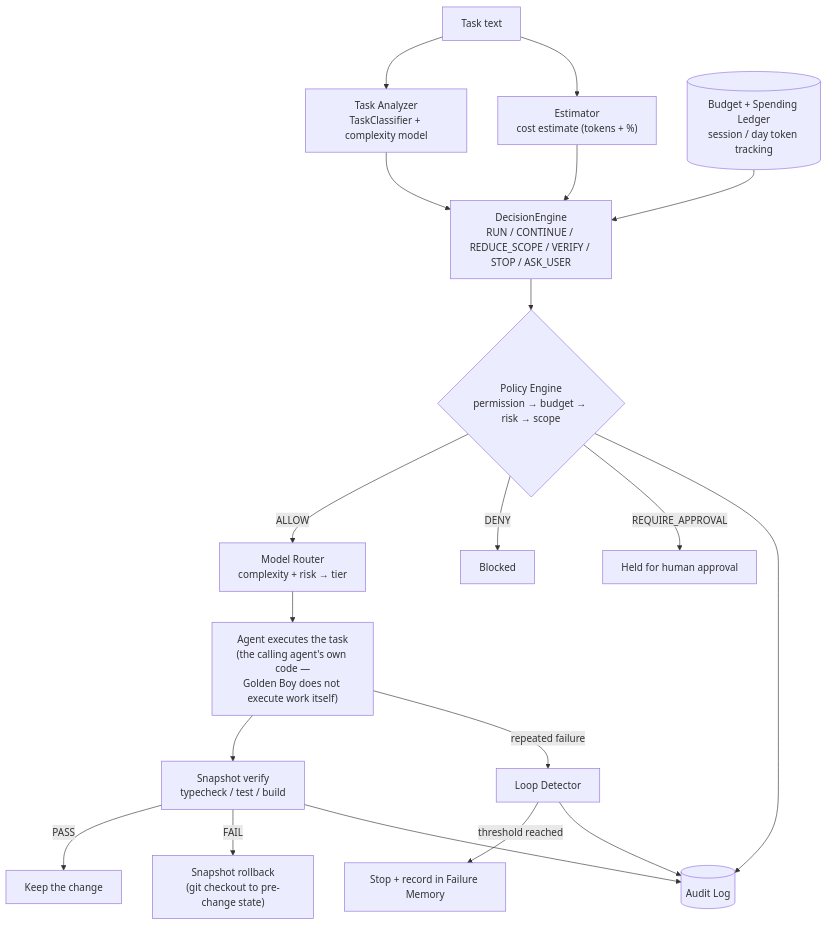
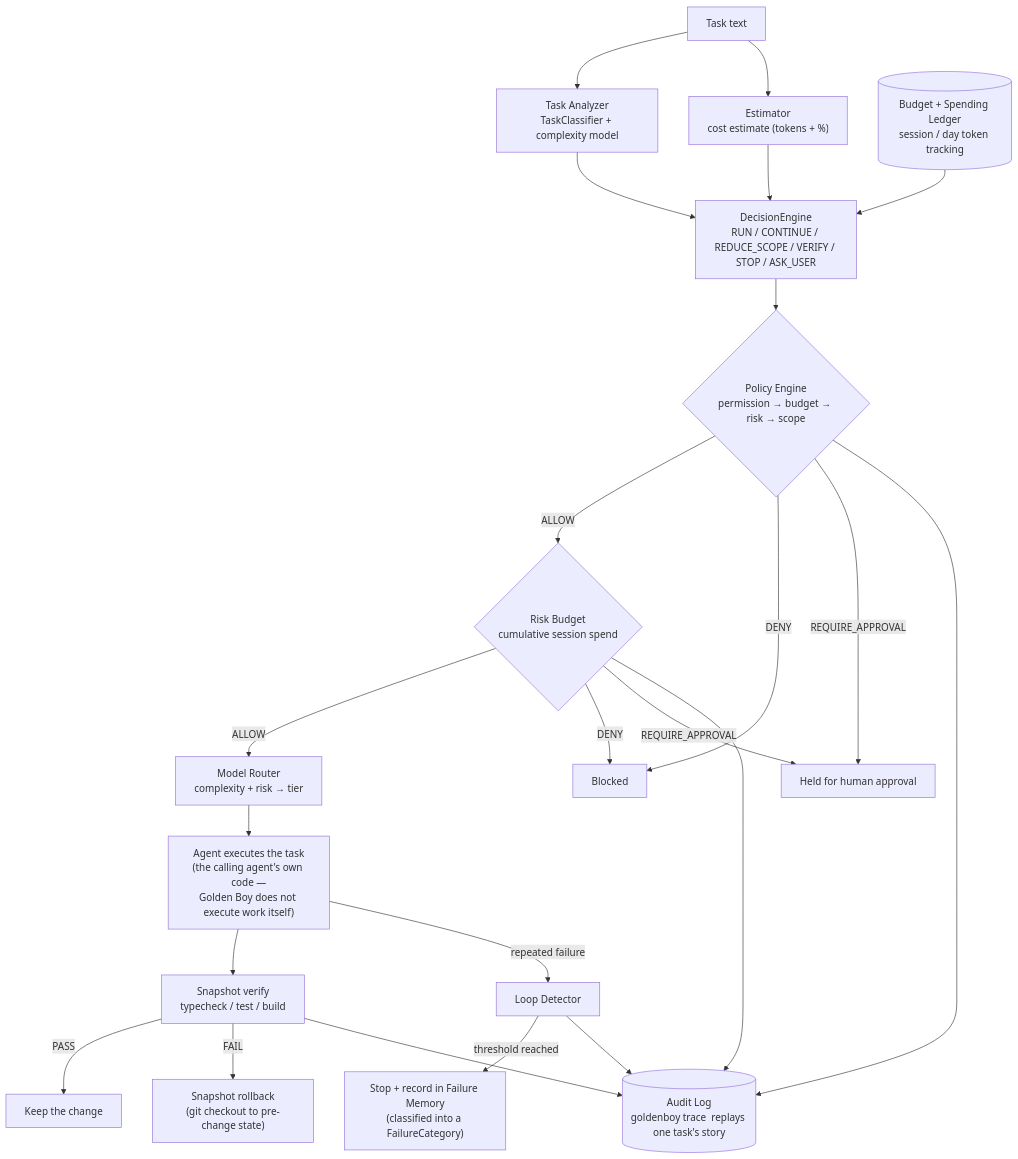
Before and after one commit to amuldi/GoldenBoy: the first of 4 diagrams in README.md, drawn with Mermaid. The commit also changed other lines of this file and 15 other files, not shown here.

First line of the commit message:
feat: add Risk Budget, failure classification, and execution trace

````diff
--- a/README.md
+++ b/README.md
@@ -109,21 +118,25 @@
 ```mermaid
 flowchart TD
     A["Task text"] --> B["Task Analyzer<br/>TaskClassifier + complexity model"]
     A --> C["Estimator<br/>cost estimate (tokens + %)"]
     B --> D["DecisionEngine<br/>RUN / CONTINUE / REDUCE_SCOPE / VERIFY / STOP / ASK_USER"]
     C --> D
     E[("Budget + Spending Ledger<br/>session / day token tracking")] --> D
     D --> F{"Policy Engine<br/>permission → budget → risk → scope"}
-    F -- ALLOW --> G["Model Router<br/>complexity + risk → tier"]
+    F -- ALLOW --> Q{"Risk Budget<br/>cumulative session spend"}
     F -- DENY --> H["Blocked"]
     F -- REQUIRE_APPROVAL --> I["Held for human approval"]
+    Q -- ALLOW --> G["Model Router<br/>complexity + risk → tier"]
+    Q -- DENY --> H
+    Q -- REQUIRE_APPROVAL --> I
     G --> J["Agent executes the task<br/>(the calling agent's own code —<br/>Golden Boy does not execute work itself)"]
     J --> K["Snapshot verify<br/>typecheck / test / build"]
     K -- PASS --> L["Keep the change"]
     K -- FAIL --> M["Snapshot rollback<br/>(git checkout to pre-change state)"]
     J -- repeated failure --> N["Loop Detector"]
-    N -- threshold reached --> O["Stop + record in Failure Memory"]
-    F --> P[("Audit Log")]
+    N -- threshold reached --> O["Stop + record in Failure Memory<br/>(classified into a FailureCategory)"]
+    F --> P[("Audit Log<br/>goldenboy trace <task_id> replays one task's story")]
+    Q --> P
     K --> P
     N --> P
 ```
````
